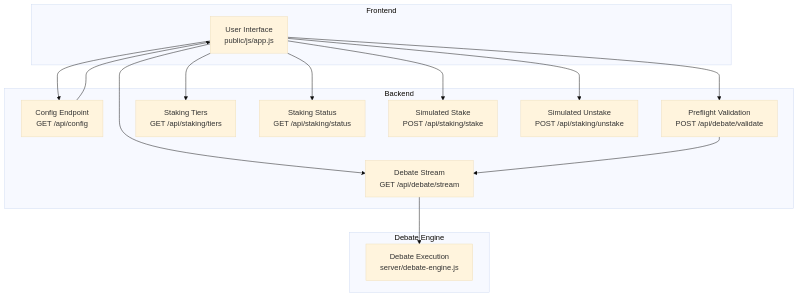
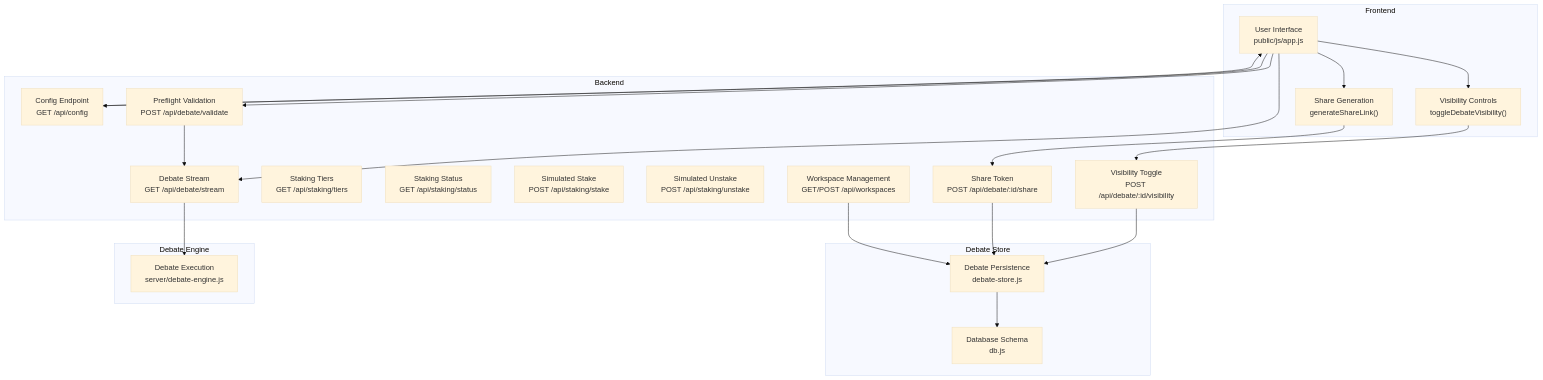
Before and after one commit to RunTimeAdmin/tri-ai: the first of 12 diagrams in .qoder/repowiki/en/content/Staking & Access Control System/Access Control Logic.md, drawn with Mermaid (base theme). The commit also changed other lines of this file and 40 other files, not shown here.

````diff
--- a/.qoder/repowiki/en/content/Staking & Access Control System/Access Control Logic.md
+++ b/.qoder/repowiki/en/content/Staking & Access Control System/Access Control Logic.md
@@ -33,28 +50,41 @@
 ```mermaid
 graph TB
 subgraph "Frontend"
 UI["User Interface<br/>public/js/app.js"]
+VIS["Visibility Controls<br/>toggleDebateVisibility()"]
+SHARE["Share Generation<br/>generateShareLink()"]
 end
 subgraph "Backend"
 CFG["Config Endpoint<br/>GET /api/config"]
 VAL["Preflight Validation<br/>POST /api/debate/validate"]
 STR["Debate Stream<br/>GET /api/debate/stream"]
 TIER["Staking Tiers<br/>GET /api/staking/tiers"]
 STAT["Staking Status<br/>GET /api/staking/status"]
 STAKE["Simulated Stake<br/>POST /api/staking/stake"]
 UNSTAKE["Simulated Unstake<br/>POST /api/staking/unstake"]
+VISAPI["Visibility Toggle<br/>POST /api/debate/:id/visibility"]
+SHAREAPI["Share Token<br/>POST /api/debate/:id/share"]
+WS["Workspace Management<br/>GET/POST /api/workspaces"]
+end
+subgraph "Debate Store"
+STORE["Debate Persistence<br/>debate-store.js"]
+DB["Database Schema<br/>db.js"]
 end
 subgraph "Debate Engine"
 DE["Debate Execution<br/>server/debate-engine.js"]
 end
 UI --> CFG
 UI --> VAL
 UI --> STR
-UI --> TIER
-UI --> STAT
-UI --> STAKE
-UI --> UNSTAKE
+UI --> VIS
+UI --> SHARE
+VIS --> VISAPI
+SHARE --> SHAREAPI
+VISAPI --> STORE
+SHAREAPI --> STORE
+STORE --> DB
 CFG --> UI
 VAL --> STR
 STR --> DE
+WS --> STORE
 ```
````
